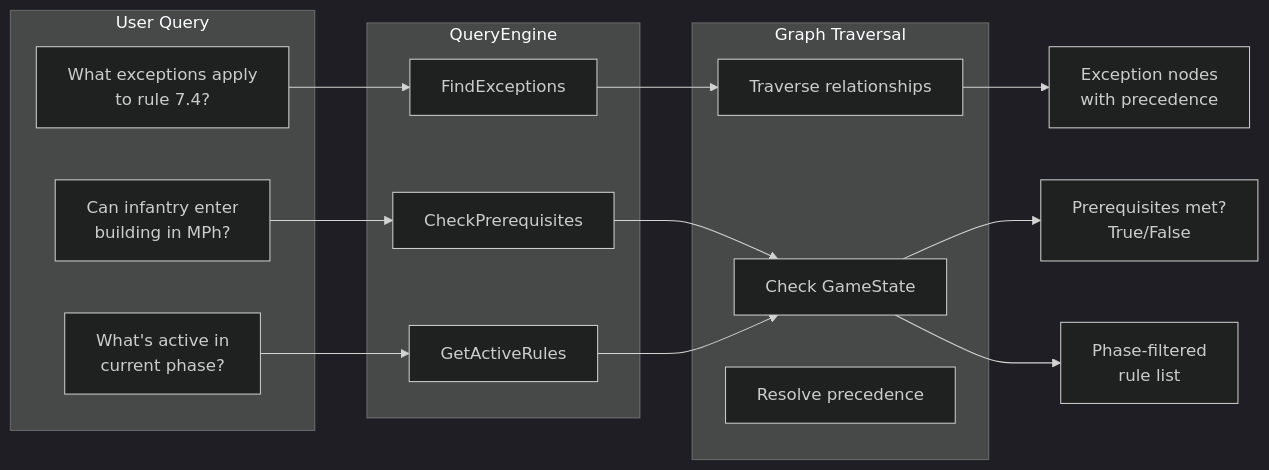
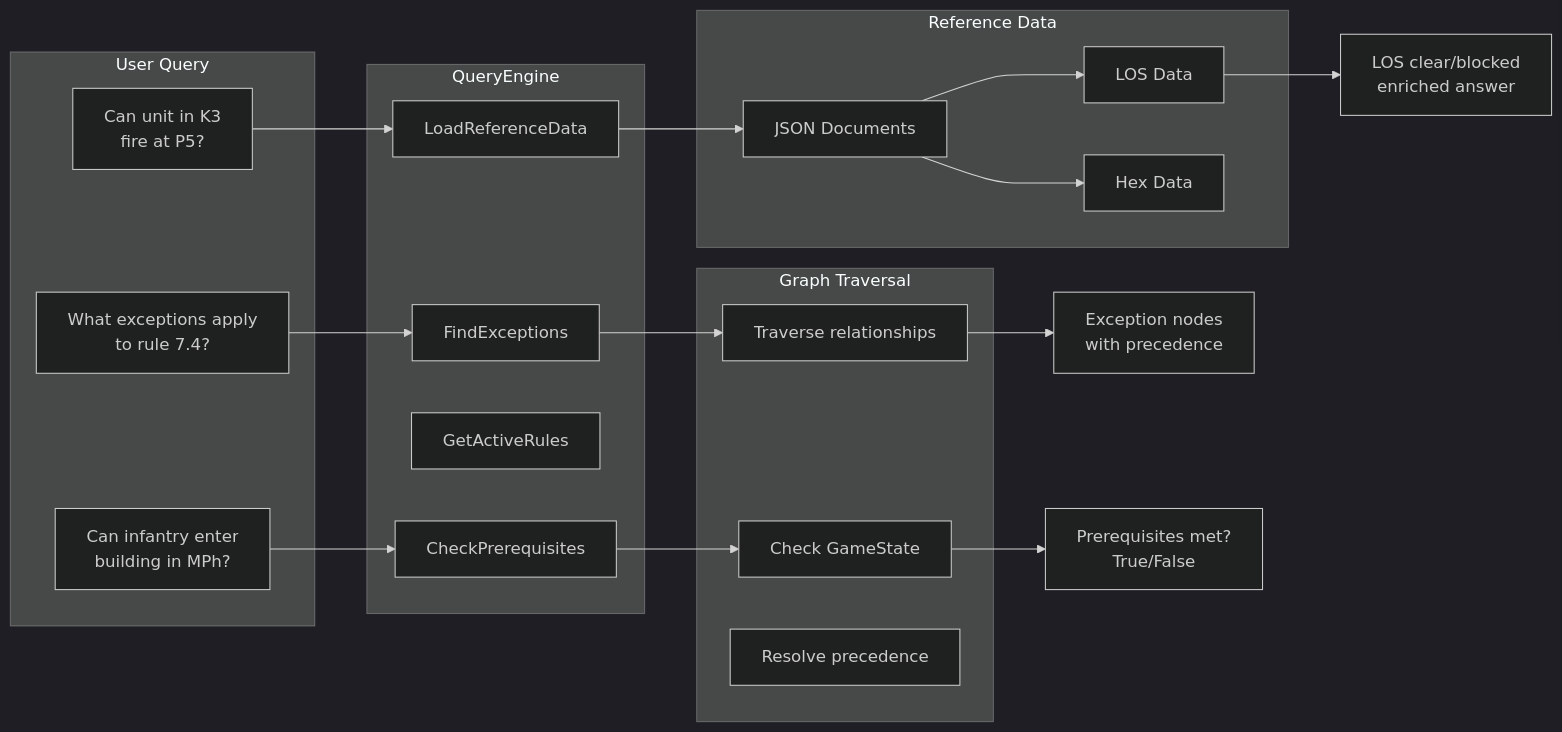
Before and after one commit to LimboDancer-Canary/LimboDancer.MCP: the fourth of 5 diagrams in src/docs/Implementation/Phase 3/Phase 3- Ontology Extraction Engine Design Plan.md, drawn with Mermaid (dark theme). The commit also changed other lines of this file and 1 other file, not shown here.

````diff
--- a/src/docs/Implementation/Phase 3/Phase 3- Ontology Extraction Engine Design Plan.md
+++ b/src/docs/Implementation/Phase 3/Phase 3- Ontology Extraction Engine Design Plan.md
@@ -146,28 +181,38 @@
 ```mermaid
 flowchart LR
     subgraph User Query
         Q1[What exceptions apply<br/>to rule 7.4?]
         Q2[Can infantry enter<br/>building in MPh?]
-        Q3[What's active in<br/>current phase?]
+        Q3[Can unit in K3<br/>fire at P5?]
     end
     
     subgraph QueryEngine
         FE[FindExceptions]
         CP[CheckPrerequisites]
         AR[GetActiveRules]
+        LD[LoadReferenceData]
     end
     
     subgraph "Graph Traversal"
         GT[Traverse relationships]
         GS[Check GameState]
         RP[Resolve precedence]
     end
     
+    subgraph "Reference Data"
+        RD[JSON Documents]
+        LOS[LOS Data]
+        HD[Hex Data]
+    end
+    
     Q1 --> FE --> GT
     Q2 --> CP --> GS
-    Q3 --> AR --> GS
+    Q3 --> LD --> RD
+    
+    RD --> LOS
+    RD --> HD
     
     GT --> R1[Exception nodes<br/>with precedence]
     GS --> R2[Prerequisites met?<br/>True/False]
-    GS --> R3[Phase-filtered<br/>rule list]
+    LOS --> R3[LOS clear/blocked<br/>enriched answer]
 ```
````
